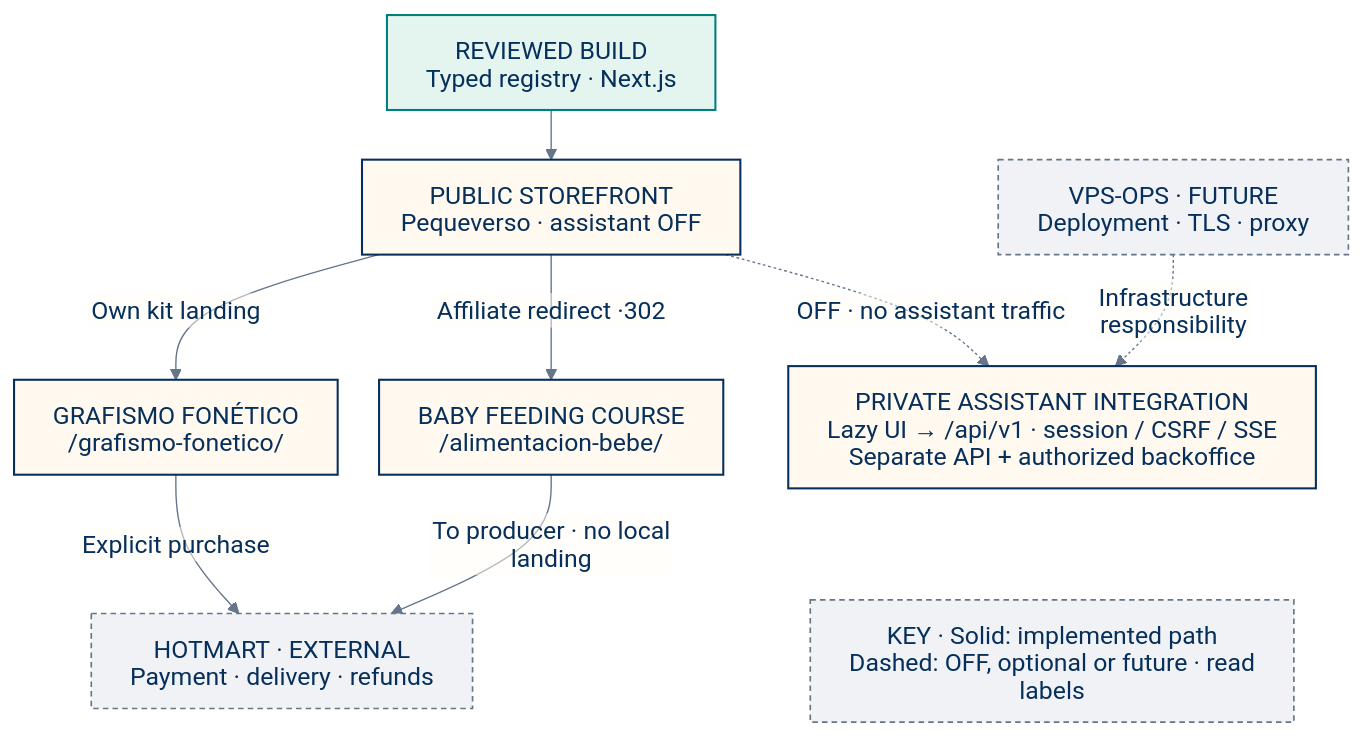
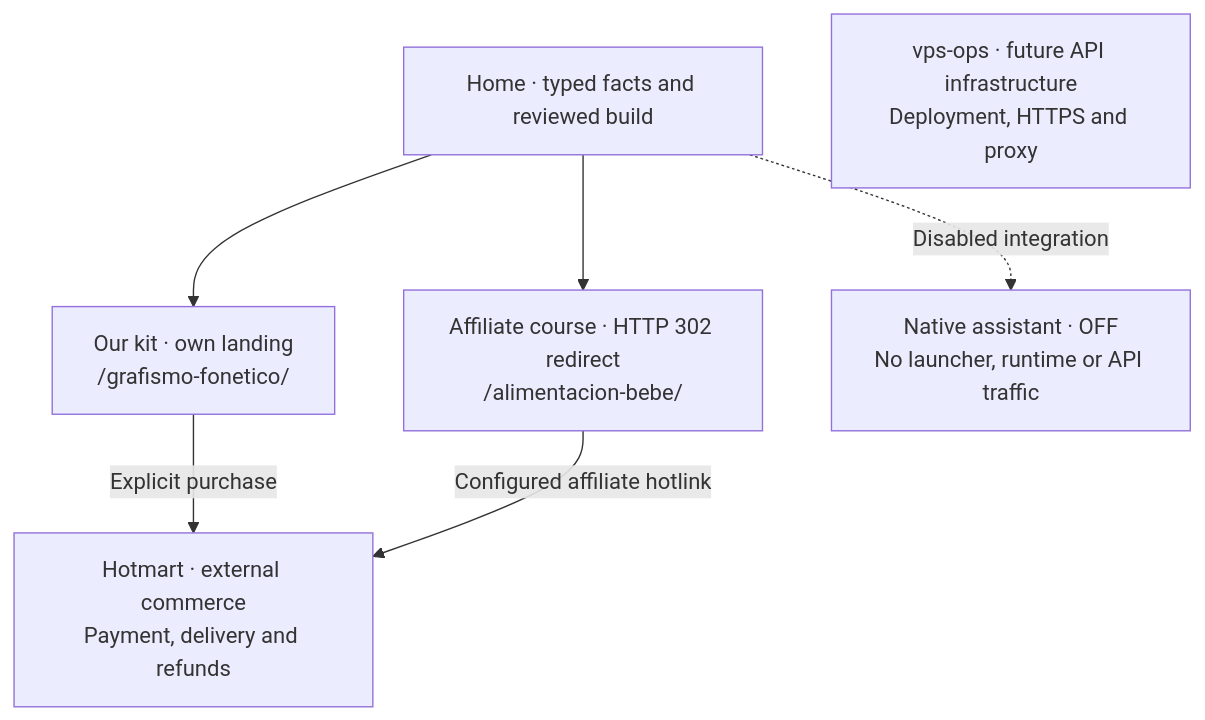
Before and after one commit to gonzalomartinperez/pequeverso: the diagram in docs/architecture/system-light.mmd, drawn with Mermaid. The commit also changed 7 other files, not shown here.

First line of the commit message:
docs: clarify storefront architecture with owned diagrams (#120)

```diff
--- a/docs/architecture/system-light.mmd
+++ b/docs/architecture/system-light.mmd
@@ -1,21 +1,9 @@
----
-{"config": {"theme": "base", "look": "classic", "fontFamily": "Arial, sans-serif", "htmlLabels": false, "themeVariables": {"background": "#fffdf8", "primaryTextColor": "#06305b", "lineColor": "#65758a", "clusterBkg": "#fffdf8", "clusterBorder": "#65758a", "edgeLabelBackground": "#fffdf8", "fontSize": "18px", "textColor": "#06305b", "titleColor": "#06305b", "nodeTextColor": "#06305b", "clusterTextColor": "#06305b"}, "flowchart": {"curve": "basis", "nodeSpacing": 30, "rankSpacing": 36, "padding": 14, "htmlLabels": false, "wrappingWidth": 340}, "markdownAutoWrap": false, "themeCSS": ".cluster-label text,.nodeLabel,.edgeLabel text,.label text{fill:#06305b!important;} .edgeLabel rect,.edgeLabel polygon{fill:#fffdf8!important;opacity:1!important;}"}}
----
 flowchart TB
-  accTitle: Pequeverso storefront components and boundaries
-  accDescr: Public store with separate kit landing and affiliate redirect. Private native assistant remains disabled. Hotmart owns commerce. vps-ops owns future infrastructure.
-  Build["REVIEWED BUILD<br/>Typed registry · Next.js"] --> Store["PUBLIC STOREFRONT<br/>Pequeverso · assistant OFF"]
-  Store -->|"Own kit landing"| Kit["GRAFISMO FONÉTICO<br/>/grafismo-fonetico/"]
-  Store -->|"Affiliate redirect ·302"| Course["BABY FEEDING COURSE<br/>/alimentacion-bebe/"]
-  Kit -->|"Explicit purchase"| Hotmart["HOTMART · EXTERNAL<br/>Payment · delivery · refunds"]
-  Course -->|"To producer · no local landing"| Hotmart
-  Store -. "OFF · no assistant traffic" .-> Native["PRIVATE ASSISTANT INTEGRATION<br/>Lazy UI → /api/v1 · session / CSRF / SSE<br/>Separate API + authorized backoffice"]
-  Ops["VPS-OPS · FUTURE<br/>Deployment · TLS · proxy"] -. "Infrastructure responsibility" .-> Native
-  Native ~~~ Legend["KEY · Solid: implemented path<br/>Dashed: OFF, optional or future · read labels"]
-  class Store,Kit,Course,Native app
-  class Build data
-  class Hotmart,Ops,Legend external
-  classDef person fill:#fff1d8,stroke:#06305b,color:#06305b,stroke-width:1.5px;
-  classDef app fill:#fff9ef,stroke:#06305b,color:#06305b,stroke-width:1.5px;
-  classDef data fill:#e4f4ef,stroke:#007e80,color:#06305b,stroke-width:1.5px;
-  classDef external fill:#f0f2f5,stroke:#65758a,color:#06305b,stroke-width:1.2px,stroke-dasharray:4 3;
+  accTitle: Pequeverso storefront product paths and disabled assistant
+  accDescr: Home opens the kit landing or affiliate redirect. The configured affiliate hotlink may open checkout or the producer’s sales page. Visitors choose to purchase through Hotmart. The assistant stays disabled and deployment belongs to vps-ops.
+  Home["Home · typed facts and reviewed build"] --> Kit["Our kit · own landing<br/>/grafismo-fonetico/"]
+  Home --> Course["Affiliate course · HTTP 302 redirect<br/>/alimentacion-bebe/"]
+  Kit -->|Explicit purchase| Hotmart["Hotmart · external commerce<br/>Payment, delivery and refunds"]
+  Course -->|Configured affiliate hotlink| Hotmart
+  Home -. Disabled integration .-> Assistant["Native assistant · OFF<br/>No launcher, runtime or API traffic"]
+  Ops["vps-ops · future API infrastructure<br/>Deployment, HTTPS and proxy"]
```
